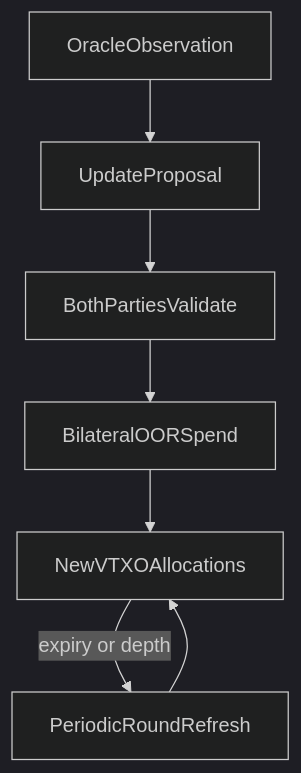
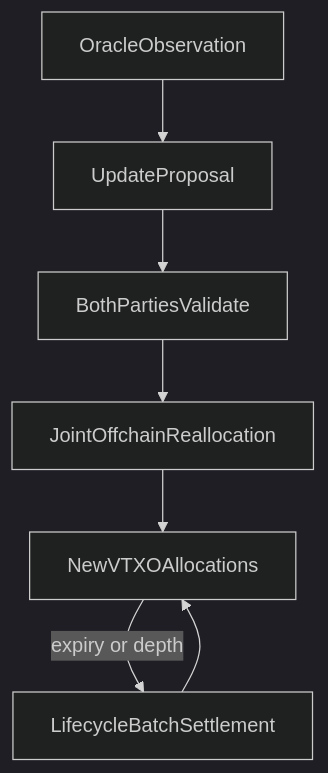
Before and after one commit to stableark/stableark: the diagram in DESIGN.md, drawn with Mermaid (dark theme). The commit also changed other lines of this file and 3 other files, not shown here.

````diff
--- a/DESIGN.md
+++ b/DESIGN.md
@@ -75,13 +86,13 @@
 ```mermaid
 flowchart TD
   oracle[OracleObservation]
   propose[UpdateProposal]
   validate[BothPartiesValidate]
-  oor[BilateralOORSpend]
+  jointTx[JointOffchainReallocation]
   state[NewVTXOAllocations]
-  round[PeriodicRoundRefresh]
+  batch[LifecycleBatchSettlement]
 
-  oracle --> propose --> validate --> oor --> state
-  state -->|"expiry or depth"| round
-  round --> state
+  oracle --> propose --> validate --> jointTx --> state
+  state -->|"expiry or depth"| batch
+  batch --> state
 ```
````
